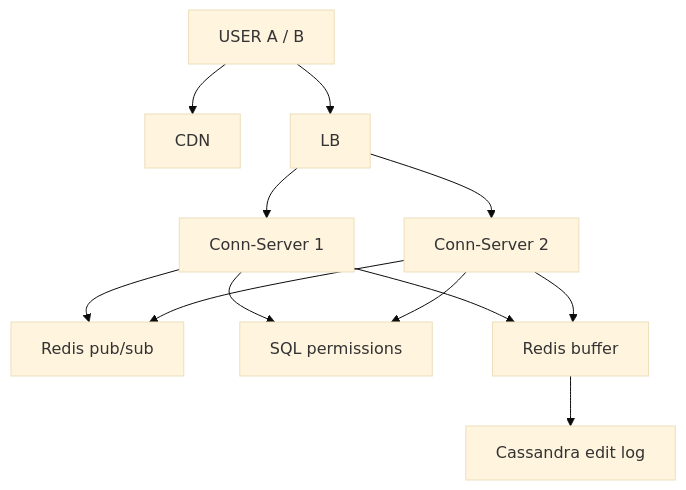
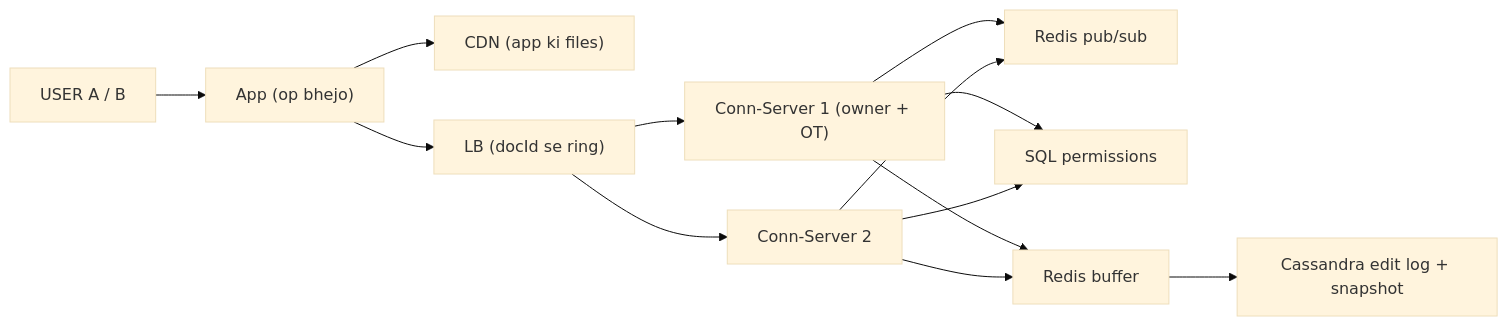
The tenth of 10 diagrams in 04_HLD/SYSTEM_DESIGNS/11_google_docs_collab/11_google_docs_collab.md (ArpanMaheshwari144/Prep), drawn with Mermaid (base theme) before and after one commit. The commit also changed other lines of this file and 2 other files, not shown here.

Commit message:
docs, kafka, banking: one-day story, short cards, follow-ups with rules, highlighted diagrams

````diff
--- a/04_HLD/SYSTEM_DESIGNS/11_google_docs_collab/11_google_docs_collab.md
+++ b/04_HLD/SYSTEM_DESIGNS/11_google_docs_collab/11_google_docs_collab.md
@@ -453,23 +375,25 @@
 ```mermaid
-flowchart TD
-    n_USER_A_B["USER A / B"]
-    n_CDN["CDN"]
-    n_LB["LB"]
-    n_Conn_Server_x_N_1["Conn-Server 1"]
-    n_Conn_Server_x_N_2["Conn-Server 2"]
-    n_Redis_pub_sub["Redis pub/sub"]
-    n_SQL_permissions["SQL permissions"]
-    n_Redis_buffer["Redis buffer"]
-    n_Cassandra_edit_log["Cassandra edit log"]
-    n_USER_A_B --> n_CDN
-    n_USER_A_B --> n_LB
-    n_LB --> n_Conn_Server_x_N_1
-    n_LB --> n_Conn_Server_x_N_2
-    n_Conn_Server_x_N_1 --> n_Redis_pub_sub
-    n_Conn_Server_x_N_2 --> n_Redis_pub_sub
-    n_Conn_Server_x_N_1 --> n_Redis_buffer
-    n_Conn_Server_x_N_2 --> n_Redis_buffer
-    n_Conn_Server_x_N_1 --> n_SQL_permissions
-    n_Conn_Server_x_N_2 --> n_SQL_permissions
-    n_Redis_buffer --> n_Cassandra_edit_log
+flowchart LR
+    n_USER["USER A / B"]
+    n_App["App (op bhejo)"]
+    n_CDN["CDN (app ki files)"]
+    n_LB["LB (docId se ring)"]
+    n_CS1["Conn-Server 1 (owner + OT)"]
+    n_CS2["Conn-Server 2"]
+    n_PS["Redis pub/sub"]
+    n_SQL["SQL permissions"]
+    n_BUF["Redis buffer"]
+    n_CAS["Cassandra edit log + snapshot"]
+    n_USER --> n_App
+    n_App --> n_CDN
+    n_App --> n_LB
+    n_LB --> n_CS1
+    n_LB --> n_CS2
+    n_CS1 --> n_PS
+    n_CS2 --> n_PS
+    n_CS1 --> n_BUF
+    n_CS2 --> n_BUF
+    n_CS1 --> n_SQL
+    n_CS2 --> n_SQL
+    n_BUF --> n_CAS
 ```
````
